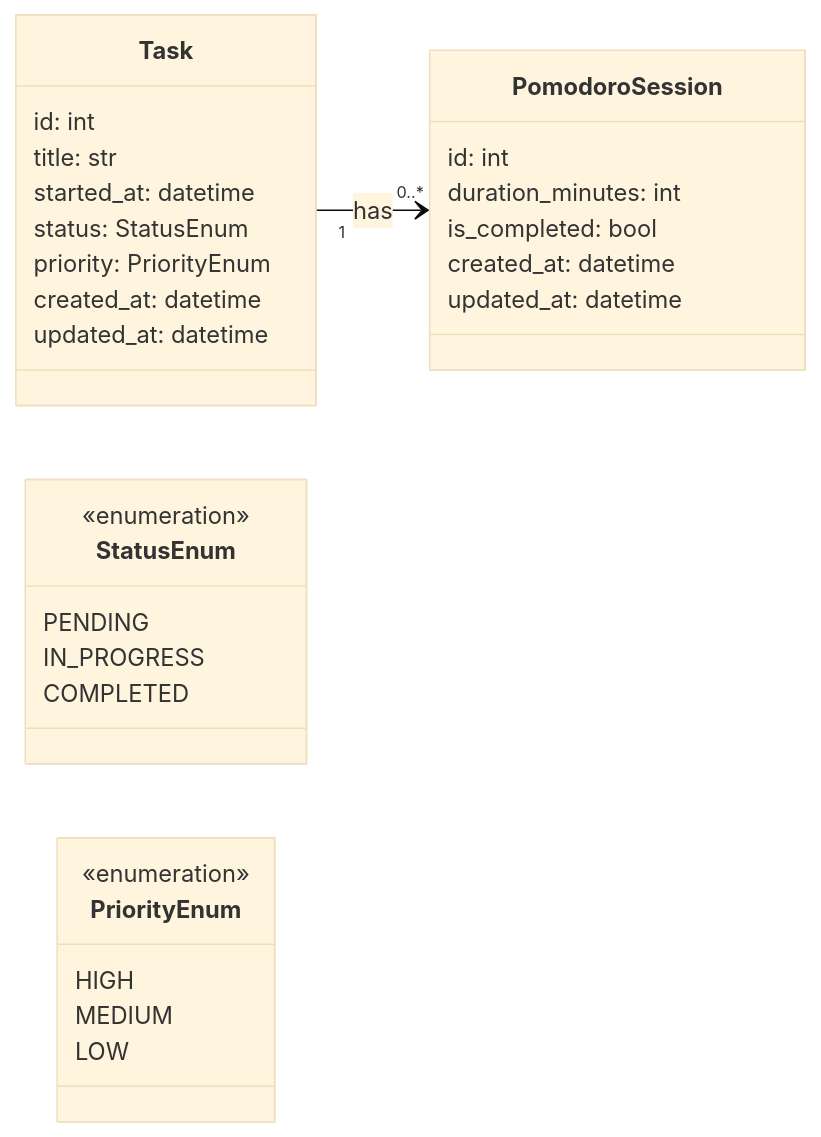
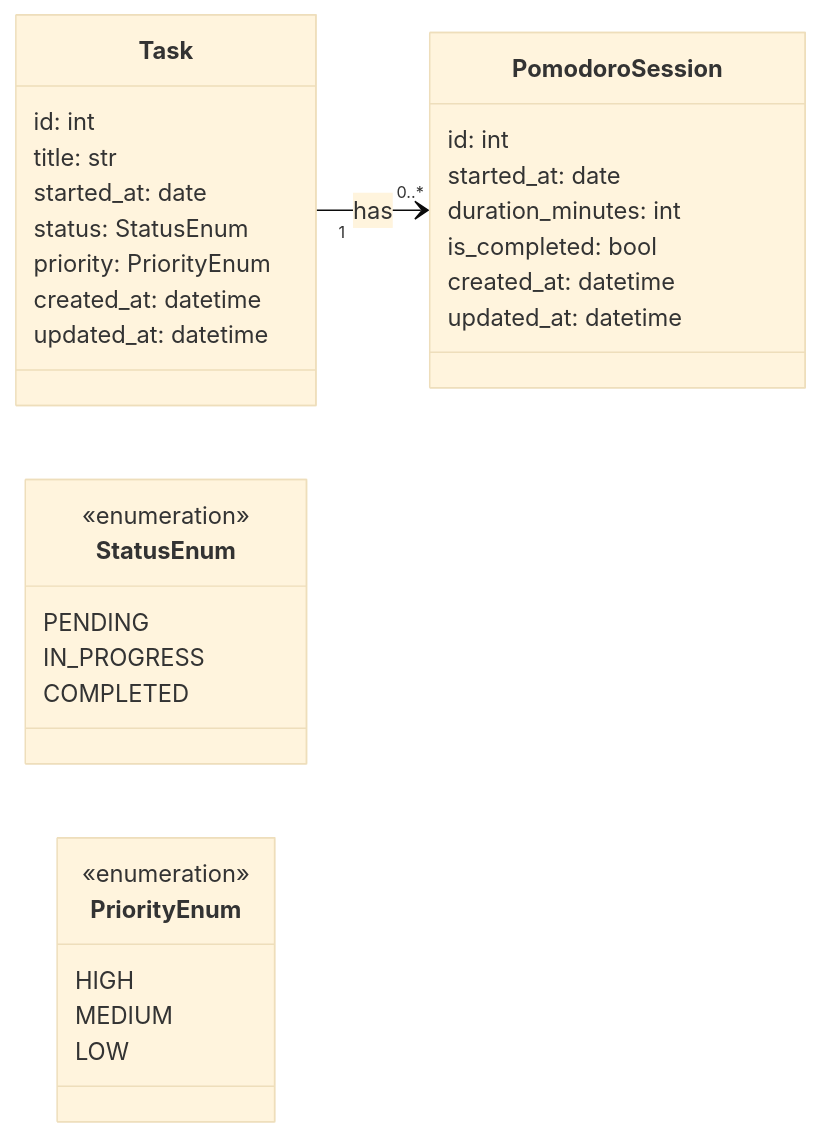
One commit to rubensrabelo/pomodoro-planner changed the diagram in docs/diagrams/class_diagram.md. Above: the diagram before and after it, drawn with Mermaid (base theme).

Commit message:
docs(class_diagram): add started_at in PomodoroSession

````diff
--- a/docs/diagrams/class_diagram.md
+++ b/docs/diagrams/class_diagram.md
@@ -3,39 +3,40 @@
 ```mermaid
 classDiagram
     direction LR
 
     class Task {
         id: int
         title: str
-        started_at: datetime
+        started_at: date
         status: StatusEnum
         priority: PriorityEnum
         created_at: datetime
         updated_at: datetime
     }
 
     class PomodoroSession {
         id: int
+        started_at: date
         duration_minutes: int
         is_completed: bool
         created_at: datetime
         updated_at: datetime
     }
 
     class StatusEnum {
         <<enumeration>>
         PENDING
         IN_PROGRESS
         COMPLETED
     }
 
     class PriorityEnum {
         <<enumeration>>
         HIGH
         MEDIUM
         LOW
     }
 
     Task "1" --> "0..*" PomodoroSession : has
 
 ```
````
